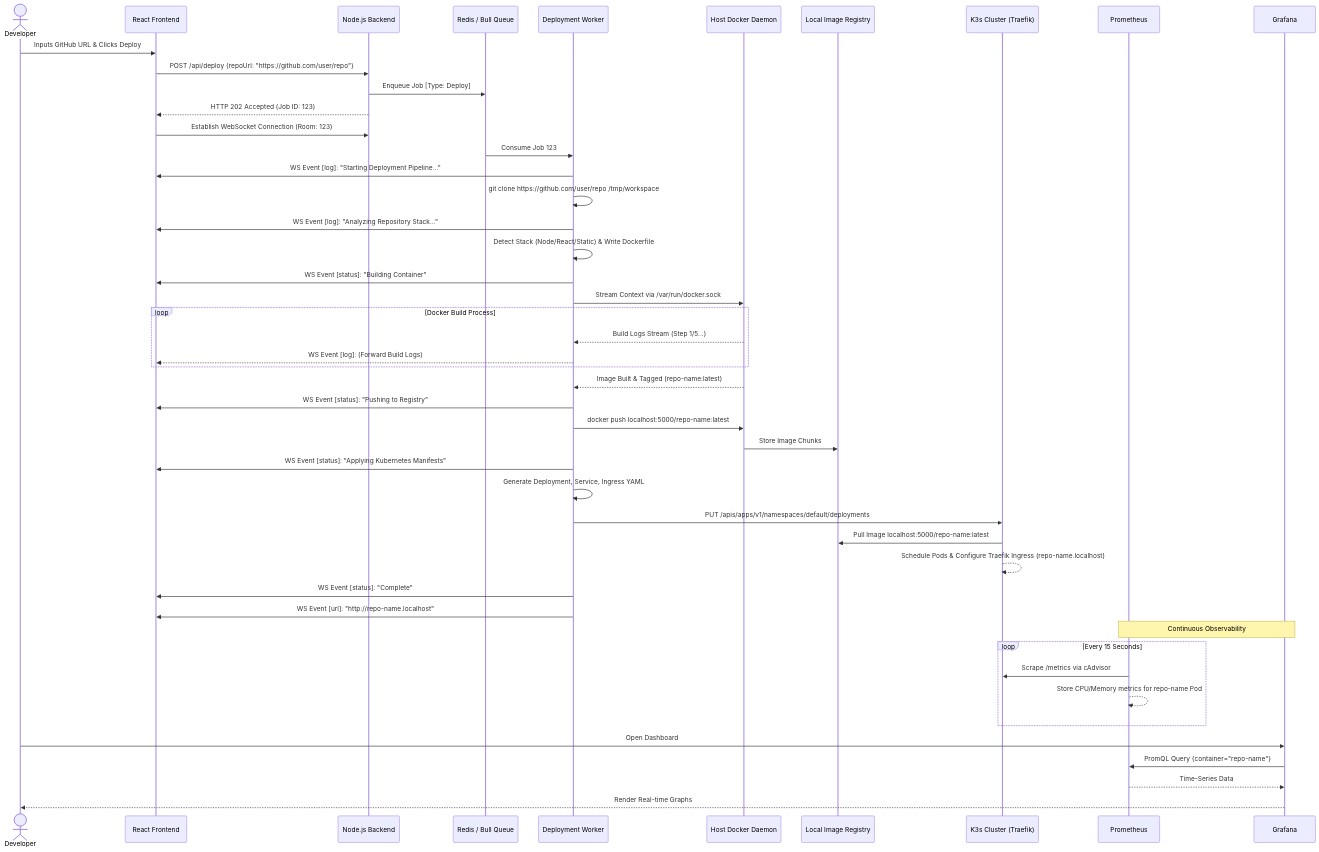
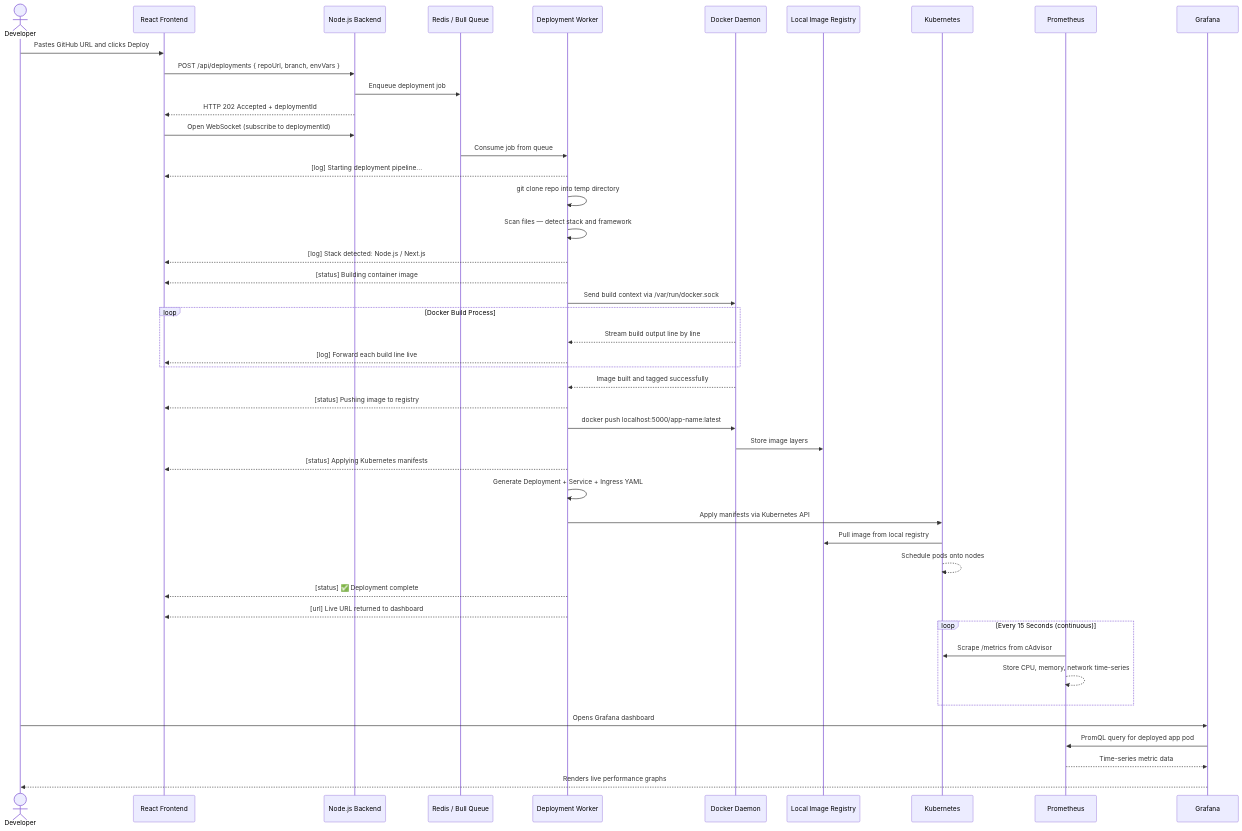
Before and after one commit to shivamkadam63s/weblaunch: the second of 2 diagrams in README.md, drawn with Mermaid. The commit also changed other lines of this file, not shown here.

````diff
--- a/README.md
+++ b/README.md
@@ -271,58 +71,58 @@
 ```mermaid
 sequenceDiagram
     actor Developer
     participant UI as React Frontend
     participant API as Node.js Backend
     participant Redis as Redis / Bull Queue
     participant Worker as Deployment Worker
-    participant Docker as Host Docker Daemon
+    participant Docker as Docker Daemon
     participant Reg as Local Image Registry
-    participant K3s as K3s Cluster (Traefik)
+    participant K8s as Kubernetes
     participant Prom as Prometheus
     participant Graf as Grafana
 
-    Developer->>UI: Inputs GitHub URL & Clicks Deploy
-    UI->>API: POST /api/deploy {repoUrl: "https://github.com/user/repo"}
-    API->>Redis: Enqueue Job [Type: Deploy]
-    API-->>UI: HTTP 202 Accepted (Job ID: 123)
-    
-    UI->>API: Establish WebSocket Connection (Room: 123)
-    
-    Redis->>Worker: Consume Job 123
-    Worker->>UI: WS Event [log]: "Starting Deployment Pipeline..."
-    Worker->>Worker: git clone https://github.com/user/repo /tmp/workspace
-    Worker->>UI: WS Event [log]: "Analyzing Repository Stack..."
-    
-    Worker->>Worker: Detect Stack (Node/React/Static) & Write Dockerfile
-    
-    Worker->>UI: WS Event [status]: "Building Container"
-    Worker->>Docker: Stream Context via /var/run/docker.sock
+    Developer->>UI: Pastes GitHub URL and clicks Deploy
+    UI->>API: POST /api/deployments { repoUrl, branch, envVars }
+    API->>Redis: Enqueue deployment job
+    API-->>UI: HTTP 202 Accepted + deploymentId
+
+    UI->>API: Open WebSocket (subscribe to deploymentId)
+
+    Redis->>Worker: Consume job from queue
+    Worker-->>UI: [log] Starting deployment pipeline...
+
+    Worker->>Worker: git clone repo into temp directory
+    Worker->>Worker: Scan files — detect stack and framework
+    Worker-->>UI: [log] Stack detected: Node.js / Next.js
+
+    Worker-->>UI: [status] Building container image
+    Worker->>Docker: Send build context via /var/run/docker.sock
     loop Docker Build Process
-        Docker-->>Worker: Build Logs Stream (Step 1/5...)
-        Worker-->>UI: WS Event [log]: (Forward Build Logs)
+        Docker-->>Worker: Stream build output line by line
+        Worker-->>UI: [log] Forward each build line live
     end
-    Docker-->>Worker: Image Built & Tagged (repo-name:latest)
-    
-    Worker->>UI: WS Event [status]: "Pushing to Registry"
-    Worker->>Docker: docker push localhost:5000/repo-name:latest
-    Docker->>Reg: Store Image Chunks
-    
-    Worker->>UI: WS Event [status]: "Applying Kubernetes Manifests"
-    Worker->>Worker: Generate Deployment, Service, Ingress YAML
-    Worker->>K3s: PUT /apis/apps/v1/namespaces/default/deployments
-    K3s->>Reg: Pull Image localhost:5000/repo-name:latest
-    K3s-->>K3s: Schedule Pods & Configure Traefik Ingress (repo-name.localhost)
-    
-    Worker->>UI: WS Event [status]: "Complete"
-    Worker->>UI: WS Event [url]: "http://repo-name.localhost"
-    
-    Note over Prom, Graf: Continuous Observability
-    loop Every 15 Seconds
-        Prom->>K3s: Scrape /metrics via cAdvisor
-        Prom-->>Prom: Store CPU/Memory metrics for repo-name Pod
+    Docker-->>Worker: Image built and tagged successfully
+
+    Worker-->>UI: [status] Pushing image to registry
+    Worker->>Docker: docker push localhost:5000/app-name:latest
+    Docker->>Reg: Store image layers
+
+    Worker-->>UI: [status] Applying Kubernetes manifests
+    Worker->>Worker: Generate Deployment + Service + Ingress YAML
+    Worker->>K8s: Apply manifests via Kubernetes API
+    K8s->>Reg: Pull image from local registry
+    K8s-->>K8s: Schedule pods onto nodes
+
+    Worker-->>UI: [status] ✅ Deployment complete
+    Worker-->>UI: [url] Live URL returned to dashboard
+
+    loop Every 15 Seconds (continuous)
+        Prom->>K8s: Scrape /metrics from cAdvisor
+        Prom-->>Prom: Store CPU, memory, network time-series
     end
-    Developer->>Graf: Open Dashboard
-    Graf->>Prom: PromQL Query {container="repo-name"}
-    Prom-->>Graf: Time-Series Data
-    Graf-->>Developer: Render Real-time Graphs
+
+    Developer->>Graf: Opens Grafana dashboard
+    Graf->>Prom: PromQL query for deployed app pod
+    Prom-->>Graf: Time-series metric data
+    Graf-->>Developer: Renders live performance graphs
 ```
````
